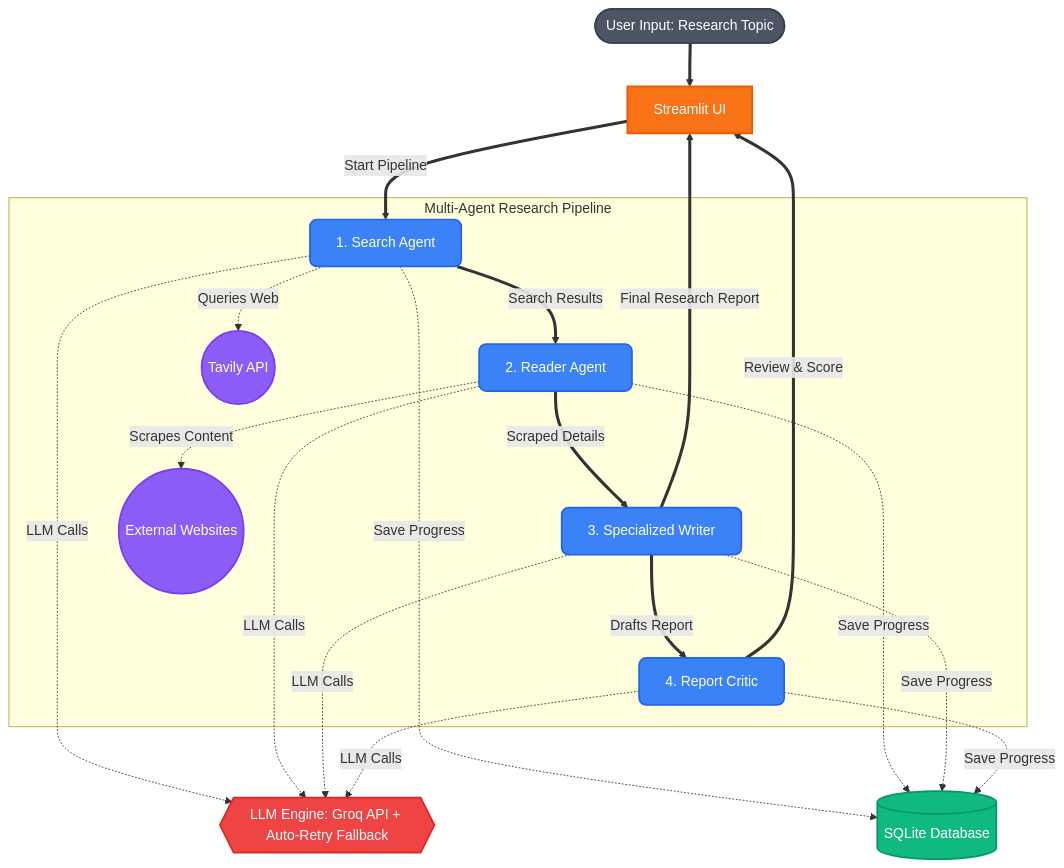
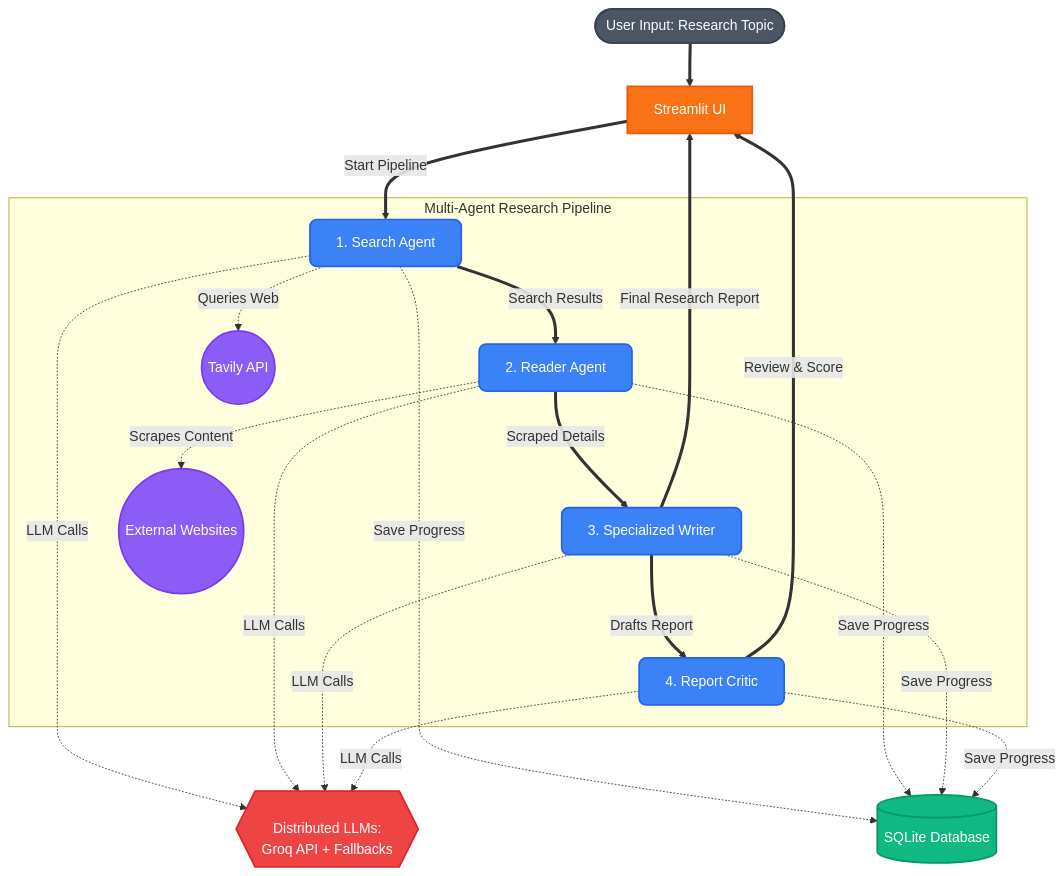
One commit to Uday-1001/Research-Mind changed the diagram in README.md. Above: the diagram before and after it, drawn with Mermaid. The commit also changed other lines of this file and 4 other files, not shown here.

Commit message:
Distributed Multi-Model Architecture and UI state fixes

````diff
--- a/README.md
+++ b/README.md
@@ -19,40 +18,40 @@
 ```mermaid
 graph TD
     User([User Input: Research Topic]) ==> UI[Streamlit UI]
     UI ==>|Start Pipeline| SA
     
     subgraph Multi-Agent Research Pipeline
         SA[1. Search Agent] ==>|Search Results| RA[2. Reader Agent]
         SA -. "Queries Web" .-> Tavily((Tavily API))
         
         RA ==>|Scraped Details| WC[3. Specialized Writer]
         RA -. "Scrapes Content" .-> WebSites((External Websites))
         
         WC ==>|Drafts Report| CC[4. Report Critic]
     end
     
-    Engine{{LLM Engine: Groq API + Auto-Retry Fallback}}
+    Engine{{"<br/>Distributed LLMs:<br/>Groq API + Fallbacks<br/>"}}
     SA -. "LLM Calls" .-> Engine
     RA -. "LLM Calls" .-> Engine
     WC -. "LLM Calls" .-> Engine
     CC -. "LLM Calls" .-> Engine
     
     SA -. "Save Progress" .-> DB[(SQLite Database)]
     RA -. "Save Progress" .-> DB
     WC -. "Save Progress" .-> DB
     CC -. "Save Progress" .-> DB
     
     WC ==>|Final Research Report| UI
     CC ==>|Review & Score| UI
 
     style User fill:#4b5563,stroke:#374151,stroke-width:2px,color:#fff
     style UI fill:#f97316,stroke:#ea580c,stroke-width:2px,color:#fff
     style SA fill:#3b82f6,stroke:#2563eb,stroke-width:2px,color:#fff,rx:8,ry:8
     style RA fill:#3b82f6,stroke:#2563eb,stroke-width:2px,color:#fff,rx:8,ry:8
     style WC fill:#3b82f6,stroke:#2563eb,stroke-width:2px,color:#fff,rx:8,ry:8
     style CC fill:#3b82f6,stroke:#2563eb,stroke-width:2px,color:#fff,rx:8,ry:8
     style Tavily fill:#8b5cf6,stroke:#7c3aed,stroke-width:2px,color:#fff
     style WebSites fill:#8b5cf6,stroke:#7c3aed,stroke-width:2px,color:#fff
     style DB fill:#10b981,stroke:#059669,stroke-width:2px,color:#fff
     style Engine fill:#ef4444,stroke:#dc2626,stroke-width:2px,color:#fff
 ```
````
